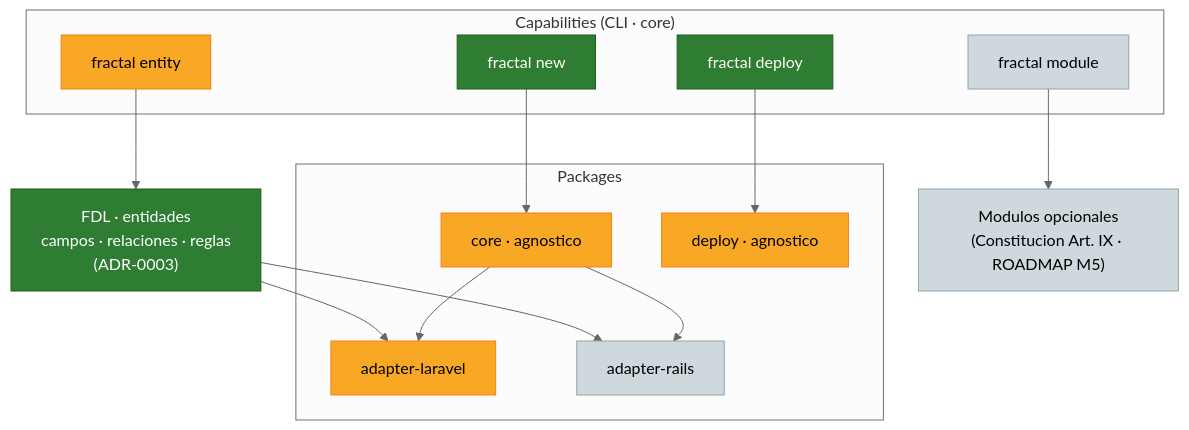
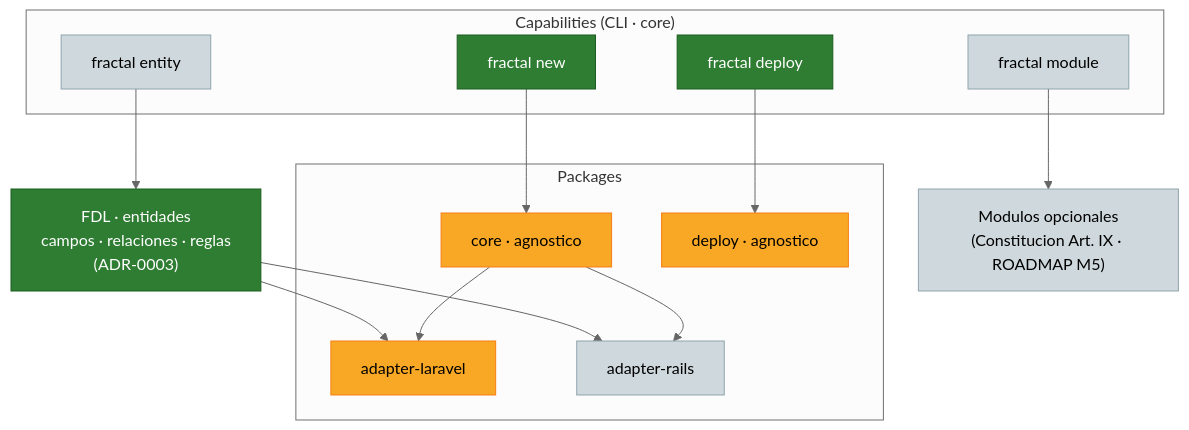
One commit to dmaure/fractal changed the second of 2 diagrams in docs/MAPA_DE_PROGRESO.md. Above: the diagram before and after it, drawn with Mermaid (neutral theme). The commit also changed other lines of this file and 1 other file, not shown here.

````diff
--- a/docs/MAPA_DE_PROGRESO.md
+++ b/docs/MAPA_DE_PROGRESO.md
@@ -110,36 +121,36 @@
 ```mermaid
 flowchart TD
     subgraph CAP["Capabilities (CLI · core)"]
         NEW["fractal new"]
         ENT["fractal entity"]
         DEP["fractal deploy"]
         MOD["fractal module"]
     end
 
     subgraph PKG["Packages"]
         CORE["core · agnostico"]
         ALAR["adapter-laravel"]
         ARAI["adapter-rails"]
         DEPLOY["deploy · agnostico"]
     end
 
     FDL["FDL · entidades<br/>campos · relaciones · reglas<br/>(ADR-0003)"]
     MODULOS["Modulos opcionales<br/>(Constitucion Art. IX · ROADMAP M5)"]
 
     NEW --> CORE
     ENT --> FDL
     FDL --> ALAR
     FDL --> ARAI
     MOD --> MODULOS
     CORE --> ALAR
     CORE --> ARAI
     DEP --> DEPLOY
 
     classDef done fill:#2e7d32,color:#fff,stroke:#1b5e20;
     classDef curso fill:#f9a825,color:#000,stroke:#f57f17;
     classDef pend fill:#cfd8dc,color:#000,stroke:#90a4ae;
 
     class NEW,DEP,FDL done;
-    class ENT,CORE,ALAR,DEPLOY curso;
-    class MOD,ARAI,MODULOS pend;
+    class CORE,ALAR,DEPLOY curso;
+    class ENT,MOD,ARAI,MODULOS pend;
 ```
````
